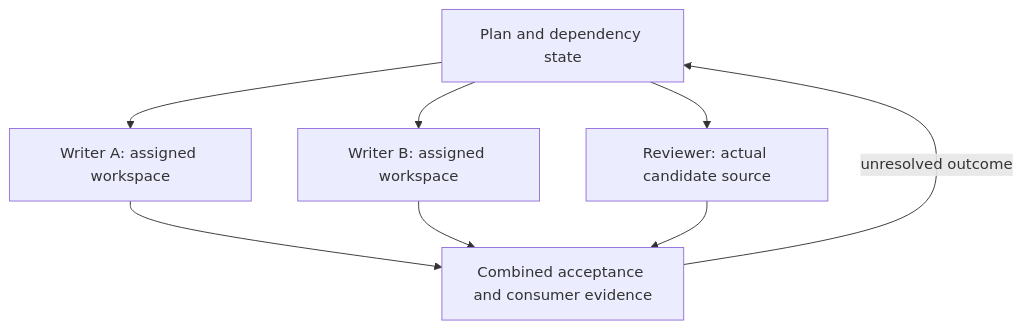
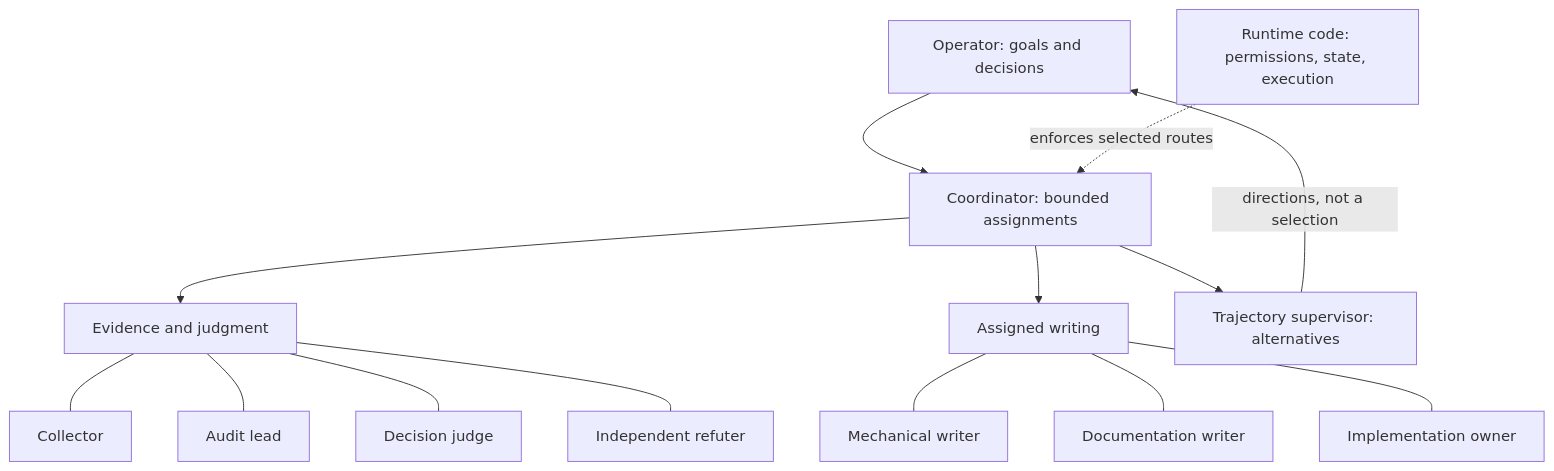
The fourth of 6 diagrams in docs/VISUALS.md (zachspartofaday/agent-workflow-kit), drawn with Mermaid before and after one commit. The commit also changed other lines of this file and 13 other files, not shown here.

Commit message:
Explain agent roles and decision-to-implementation handoffs

````diff
--- a/docs/VISUALS.md
+++ b/docs/VISUALS.md
@@ -77,10 +77,16 @@
 ```mermaid
 flowchart TB
-  Coordinator[Plan and dependency state] --> A[Writer A: assigned workspace]
-  Coordinator --> B[Writer B: assigned workspace]
-  Coordinator --> Reviewer[Reviewer: actual candidate source]
-  A --> Integration[Combined acceptance and consumer evidence]
-  B --> Integration
-  Reviewer --> Integration
-  Integration -->|unresolved outcome| Coordinator
+  Operator[Operator: goals and decisions] --> Coordinator[Coordinator: bounded assignments]
+  Coordinator --> Evidence[Evidence and judgment]
+  Evidence --- Collector[Collector]
+  Evidence --- Auditor[Audit lead]
+  Evidence --- Judge[Decision judge]
+  Evidence --- Refuter[Independent refuter]
+  Coordinator --> Writing[Assigned writing]
+  Writing --- Mechanical[Mechanical writer]
+  Writing --- Docs[Documentation writer]
+  Writing --- Implement[Implementation owner]
+  Coordinator --> Supervisor[Trajectory supervisor: alternatives]
+  Supervisor -->|directions, not a selection| Operator
+  Runtime[Runtime code: permissions, state, execution] -. enforces selected routes .-> Coordinator
 ```
````
